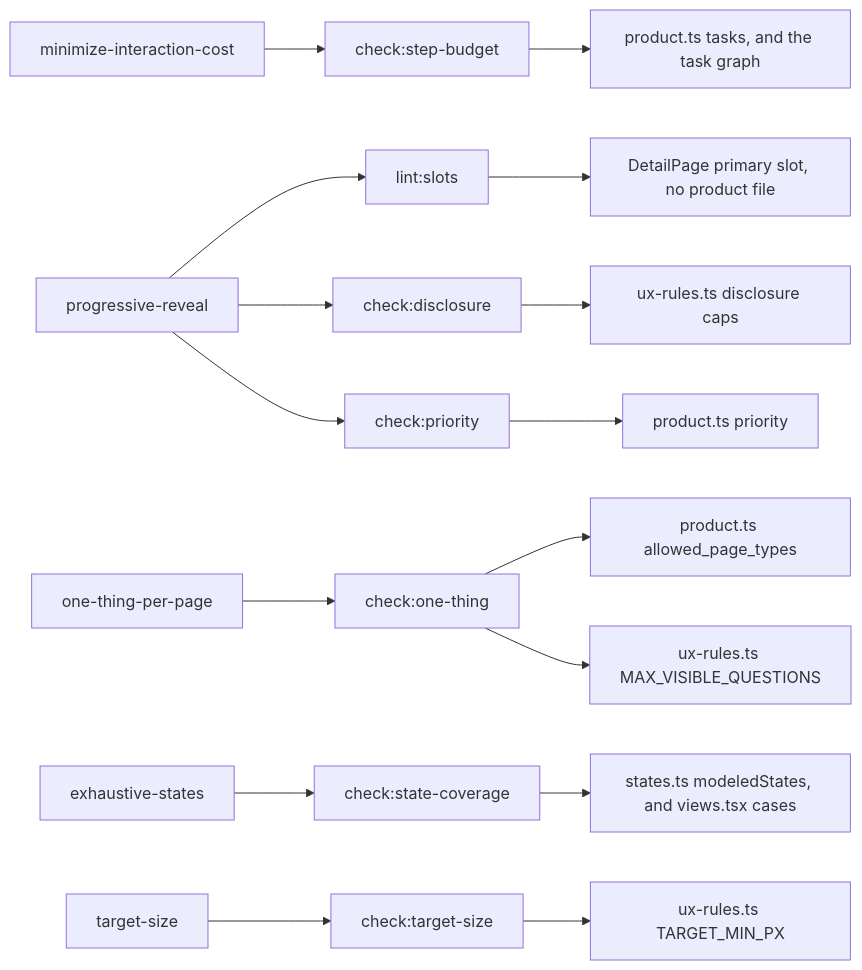
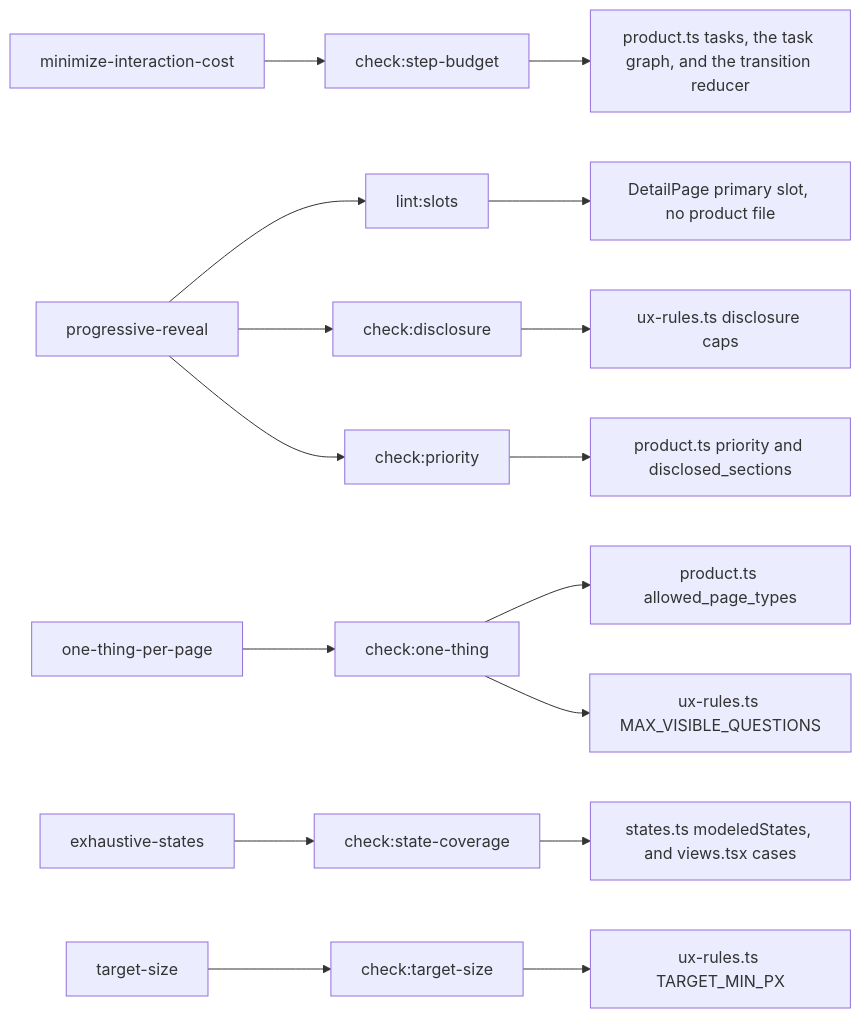
Before and after one commit to tounsoo/agent-design-loop: the sixth of 11 diagrams in docs/how-it-works.md, drawn with Mermaid. The commit also changed other lines of this file and 25 other files, not shown here.

First line of the commit message:
Make the caps and the step budget check what the docs say (#10)

````diff
--- a/docs/how-it-works.md
+++ b/docs/how-it-works.md
@@ -180,18 +186,18 @@
 ```mermaid
 flowchart LR
   cost["minimize-interaction-cost"] --> budget["check:step-budget"]
-  budget --> tasks["product.ts tasks, and the task graph"]
+  budget --> tasks["product.ts tasks, the task graph, and the transition reducer"]
   reveal["progressive-reveal"] --> slots["lint:slots"]
   reveal --> disclosure["check:disclosure"]
   reveal --> priorityCheck["check:priority"]
   slots --> slotFile["DetailPage primary slot, no product file"]
   disclosure --> caps["ux-rules.ts disclosure caps"]
-  priorityCheck --> ranks["product.ts priority"]
+  priorityCheck --> ranks["product.ts priority and disclosed_sections"]
   one["one-thing-per-page"] --> oneCheck["check:one-thing"]
   oneCheck --> pageList["product.ts allowed_page_types"]
   oneCheck --> visible["ux-rules.ts MAX_VISIBLE_QUESTIONS"]
   statesRule["exhaustive-states"] --> coverage["check:state-coverage"]
   coverage --> modeled["states.ts modeledStates, and views.tsx cases"]
   size["target-size"] --> target["check:target-size"]
   target --> floor["ux-rules.ts TARGET_MIN_PX"]
 ```
````
